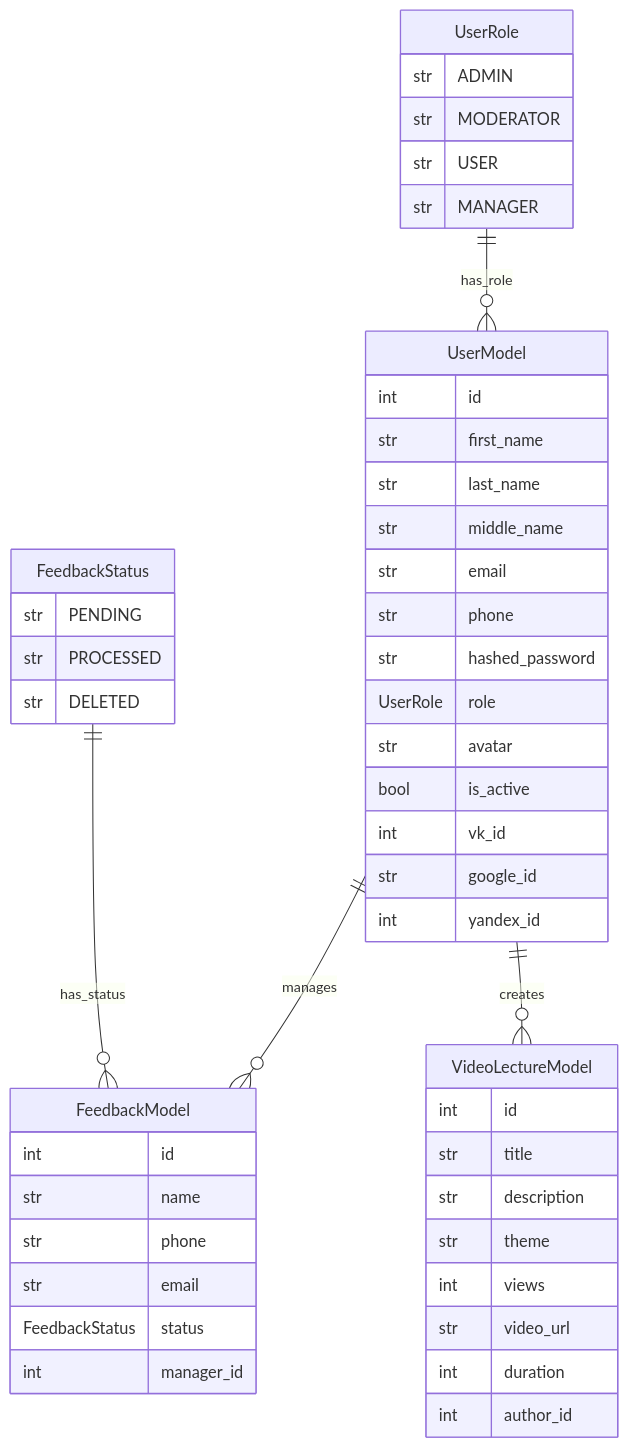
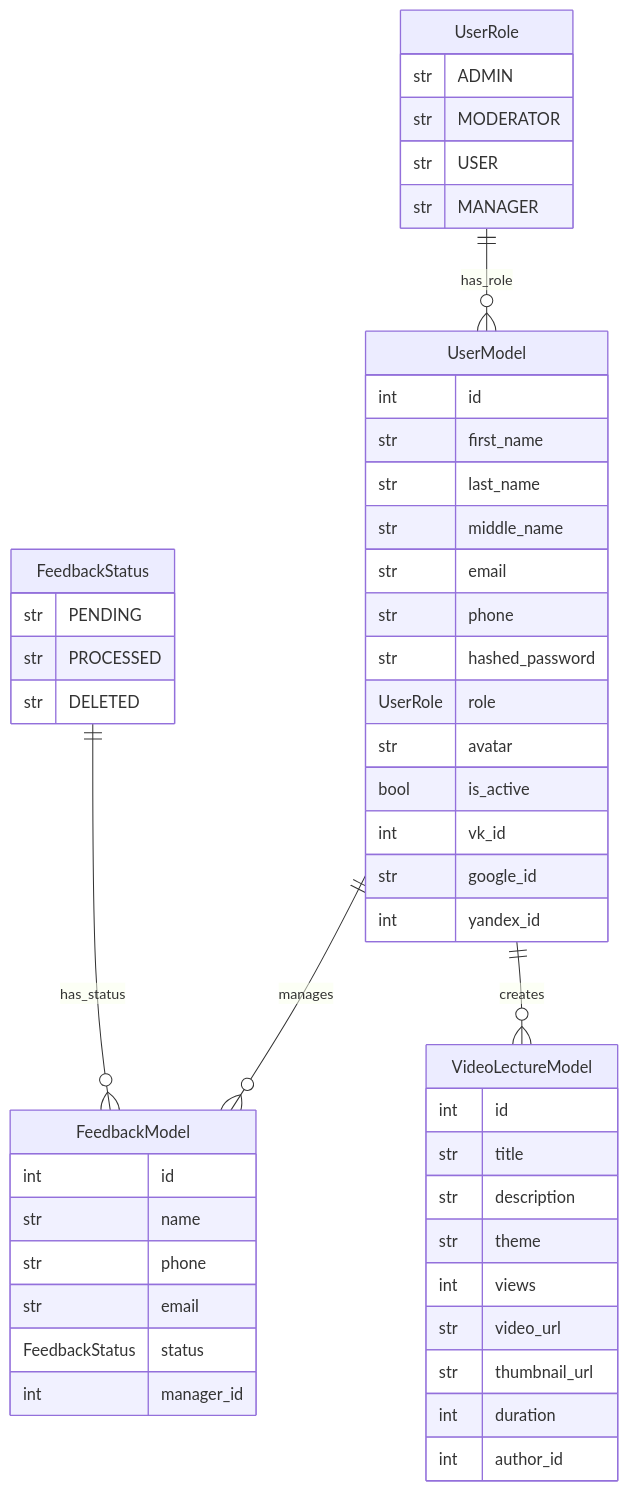
One commit to darkgooddack/educational-platform changed the diagram in docs/models.md. Above: the diagram before and after it, drawn with Mermaid. The commit also changed other lines of this file and 23 other files, not shown here.

````diff
--- a/docs/models.md
+++ b/docs/models.md
@@ -2,53 +2,54 @@
 ```mermaid
 erDiagram
     UserModel ||--o{ FeedbackModel : manages
     UserModel ||--o{ VideoLectureModel : creates
     UserModel {
         int id
         str first_name
         str last_name
         str middle_name
         str email
         str phone
         str hashed_password
         UserRole role
         str avatar
         bool is_active
         int vk_id
         str google_id
         int yandex_id
     }
     FeedbackModel {
         int id
         str name
         str phone
         str email
         FeedbackStatus status
         int manager_id
     }
     VideoLectureModel {
         int id
         str title
         str description
         str theme
         int views
         str video_url
+        str thumbnail_url
         int duration
         int author_id
     }
     UserRole ||--o{ UserModel : has_role
     FeedbackStatus ||--o{ FeedbackModel : has_status
     UserRole {
         str ADMIN
         str MODERATOR
         str USER
         str MANAGER
     }
     FeedbackStatus {
         str PENDING
         str PROCESSED
         str DELETED
     }
 
 
 ```
````
